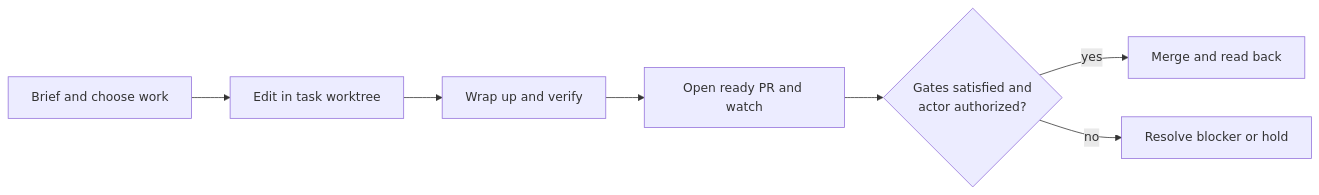
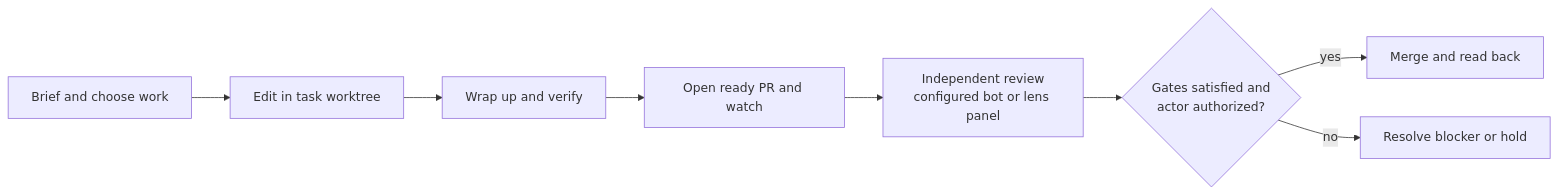
The first of 3 diagrams in README.md (topij/agentic-dev-kit), drawn with Mermaid before and after one commit. The commit also changed other lines of this file and 6 other files, not shown here.

First line of the commit message:
docs: bring reader guides and diagrams up to date with recent lane, review and cleanup work

````diff
--- a/README.md
+++ b/README.md
@@ -65,9 +65,10 @@
 ```mermaid
 flowchart LR
     Start["Brief and choose work"] --> Work["Edit in task worktree"]
     Work --> Record["Wrap up and verify"]
     Record --> Review["Open ready PR and watch"]
-    Review --> Decision{"Gates satisfied and<br/>actor authorized?"}
+    Review --> Independent["Independent review<br/>configured bot or lens panel"]
+    Independent --> Decision{"Gates satisfied and<br/>actor authorized?"}
     Decision -->|yes| Merge["Merge and read back"]
     Decision -->|no| Hold["Resolve blocker or hold"]
 ```
````
